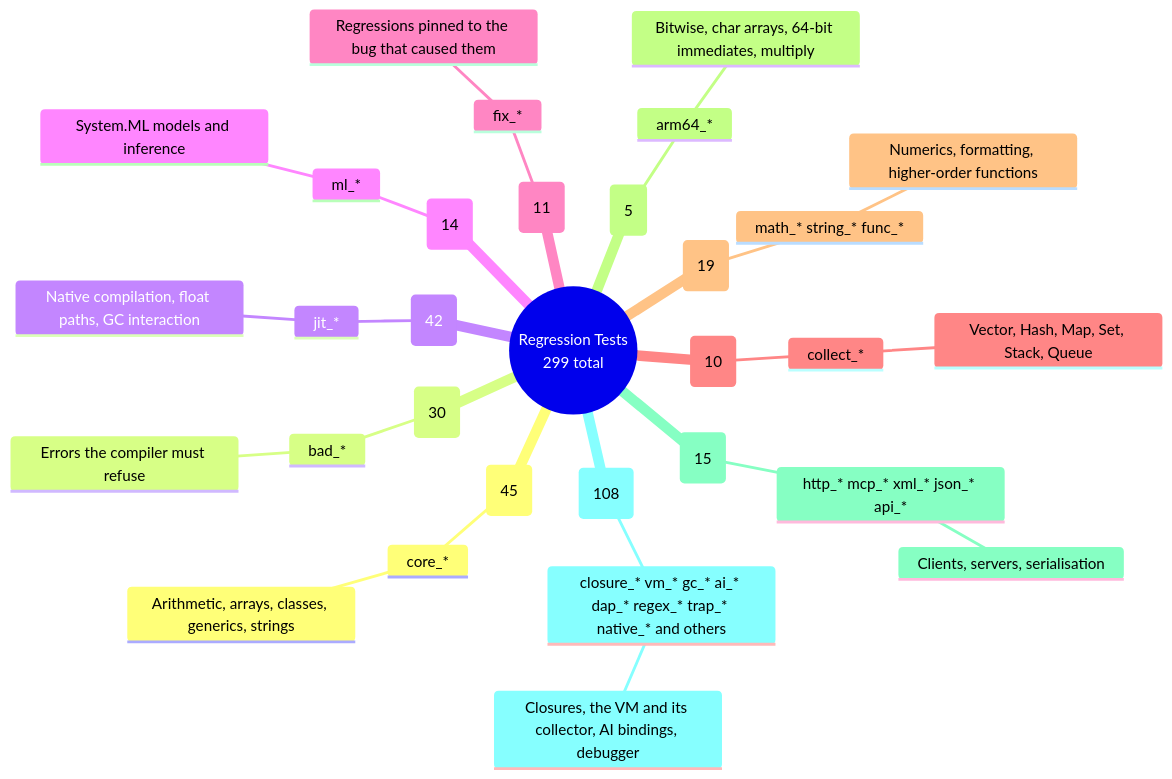
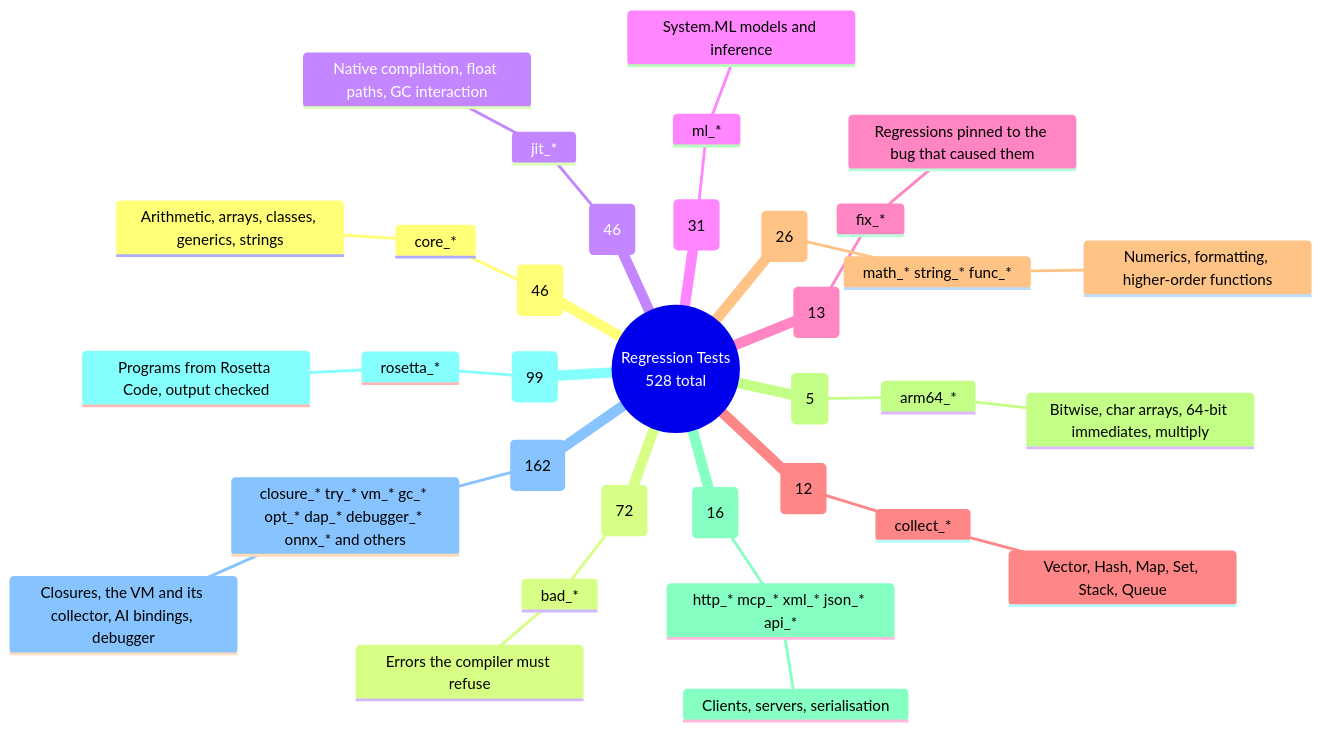
Diagram 18 of 25 in docs/architecture.md (objeck/objeck-lang), drawn with Mermaid before and after one commit. The commit also changed other lines of this file and 3 other files, not shown here.

First line of the commit message:
docs: one-page toolchain architecture diagram

````diff
--- a/docs/architecture.md
+++ b/docs/architecture.md
@@ -881,35 +943,38 @@
 ```mermaid
 mindmap
     root((Regression Tests
-    299 total))
-        Language core (45)
+    528 total))
+        Language core (46)
             core_*
                 Arithmetic, arrays, classes, generics, strings
-        Rejected programs (30)
+        Rejected programs (72)
             bad_*
                 Errors the compiler must refuse
-        JIT (42)
+        JIT (46)
             jit_*
                 Native compilation, float paths, GC interaction
-        Machine learning (14)
+        Machine learning (31)
             ml_*
                 System.ML models and inference
-        Fixed defects (11)
+        Fixed defects (13)
             fix_*
                 Regressions pinned to the bug that caused them
-        Collections (10)
+        Collections (12)
             collect_*
                 Vector, Hash, Map, Set, Stack, Queue
-        Math and strings (19)
+        Math and strings (26)
             math_* string_* func_*
                 Numerics, formatting, higher-order functions
         ARM64 specific (5)
             arm64_*
                 Bitwise, char arrays, 64-bit immediates, multiply
-        Networking and web (15)
+        Networking and web (16)
             http_* mcp_* xml_* json_* api_*
                 Clients, servers, serialisation
-        Remainder (108)
-            closure_* vm_* gc_* ai_* dap_* regex_* trap_* native_* and others
+        Rosetta Code tasks (99)
+            rosetta_*
+                Programs from Rosetta Code, output checked
+        Remainder (162)
+            closure_* try_* vm_* gc_* opt_* dap_* debugger_* onnx_* and others
                 Closures, the VM and its collector, AI bindings, debugger
 ```
````
